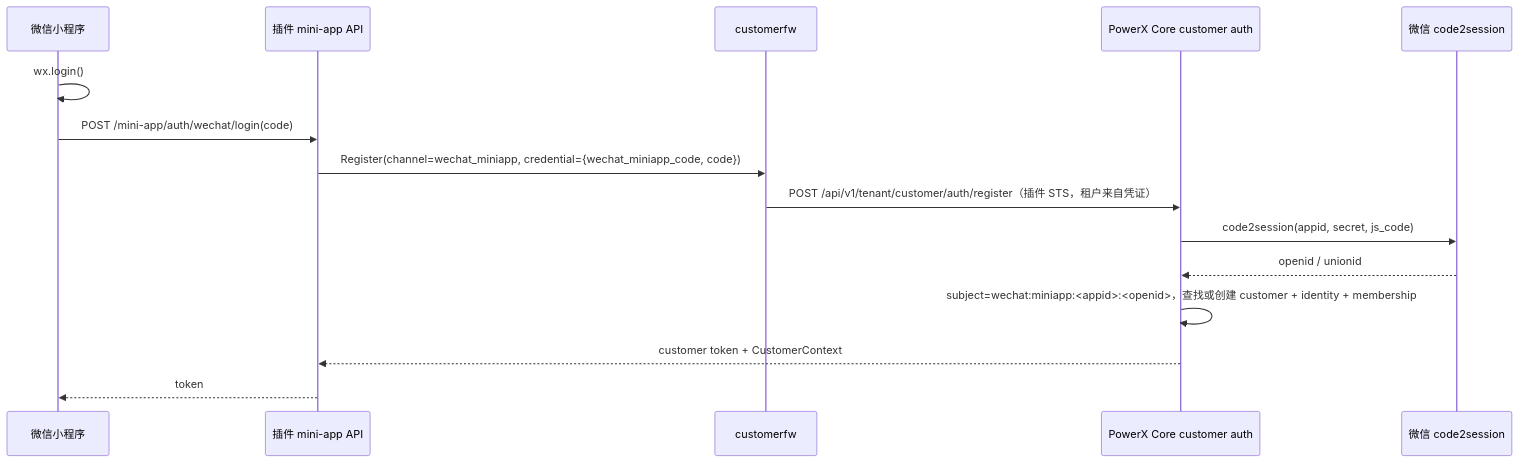
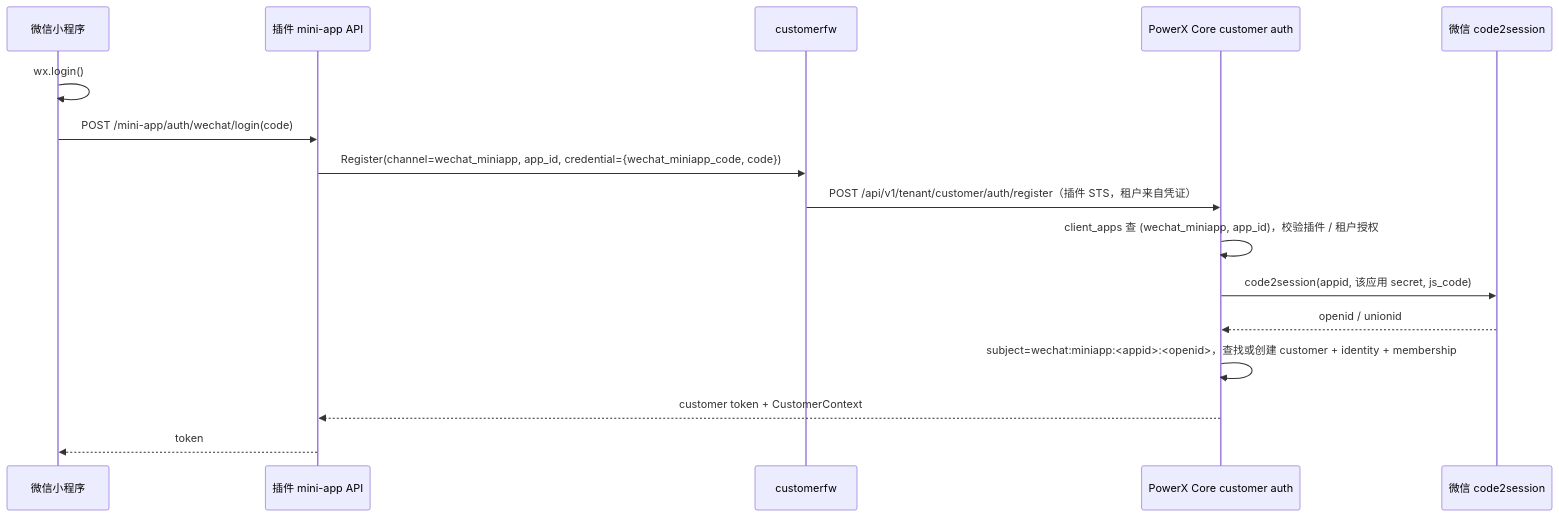
Before and after one commit to ArtisanCloud/PowerXPlugin: the fourth of 4 diagrams in docs/guides/develop/auth/customer.md, drawn with Mermaid. The commit also changed other lines of this file and 7 other files, not shown here.

First line of the commit message:
feat(customerfw): 小程序委派登录转发 app_id，对接 Core 客户端应用注册表并预留多平台

````diff
--- a/docs/guides/develop/auth/customer.md
+++ b/docs/guides/develop/auth/customer.md
@@ -194,18 +216,19 @@
 ```mermaid
 sequenceDiagram
   participant MP as 微信小程序
   participant Plugin as 插件 mini-app API
   participant FW as customerfw
   participant Core as PowerX Core customer auth
   participant WX as 微信 code2session
 
   MP->>MP: wx.login()
   MP->>Plugin: POST /mini-app/auth/wechat/login(code)
-  Plugin->>FW: Register(channel=wechat_miniapp, credential={wechat_miniapp_code, code})
+  Plugin->>FW: Register(channel=wechat_miniapp, app_id, credential={wechat_miniapp_code, code})
   FW->>Core: POST /api/v1/tenant/customer/auth/register（插件 STS，租户来自凭证）
-  Core->>WX: code2session(appid, secret, js_code)
+  Core->>Core: client_apps 查 (wechat_miniapp, app_id)，校验插件 / 租户授权
+  Core->>WX: code2session(appid, 该应用 secret, js_code)
   WX-->>Core: openid / unionid
   Core->>Core: subject=wechat:miniapp:<appid>:<openid>，查找或创建 customer + identity + membership
   Core-->>Plugin: customer token + CustomerContext
   Plugin-->>MP: token
 ```
````
